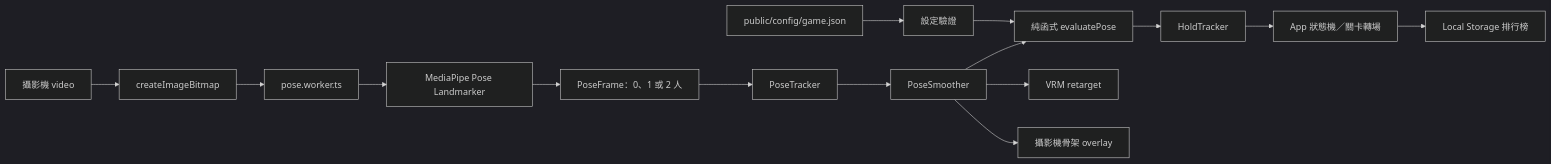
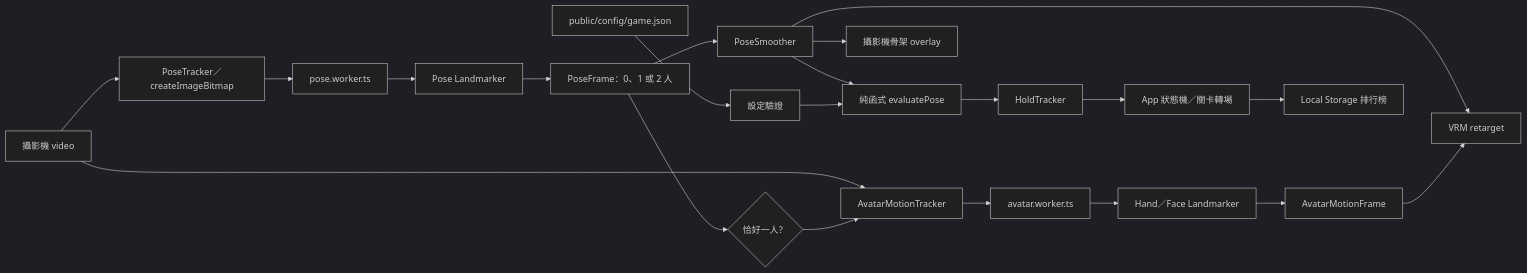
One commit to root50643/magic-garden-yoga changed the diagram in docs/DEVELOPMENT.md. Above: the diagram before and after it, drawn with Mermaid (dark theme). The commit also changed other lines of this file and 24 other files, not shown here.

Commit message:
feat: add VRM hand and face motion tracking

````diff
--- a/docs/DEVELOPMENT.md
+++ b/docs/DEVELOPMENT.md
@@ -23,17 +23,23 @@
 ```mermaid
 flowchart LR
-    C["攝影機 video"] --> B["createImageBitmap"]
-    B --> W["pose.worker.ts"]
-    W --> M["MediaPipe Pose Landmarker"]
+    C["攝影機 video"] --> P["PoseTracker／createImageBitmap"]
+    P --> W["pose.worker.ts"]
+    W --> M["Pose Landmarker"]
     M --> F["PoseFrame：0、1 或 2 人"]
-    F --> T["PoseTracker"]
-    T --> S["PoseSmoother"]
+    F --> S["PoseSmoother"]
     S --> E["純函式 evaluatePose"]
     G["public/config/game.json"] --> V["設定驗證"]
     V --> E
     E --> H["HoldTracker"]
     H --> A["App 狀態機／關卡轉場"]
     S --> R["VRM retarget"]
     S --> O["攝影機骨架 overlay"]
+    F --> Q{"恰好一人？"}
+    C --> AT["AvatarMotionTracker"]
+    Q --> AT
+    AT --> AW["avatar.worker.ts"]
+    AW --> HF["Hand／Face Landmarker"]
+    HF --> AF["AvatarMotionFrame"]
+    AF --> R
     A --> L["Local Storage 排行榜"]
 ```
````
